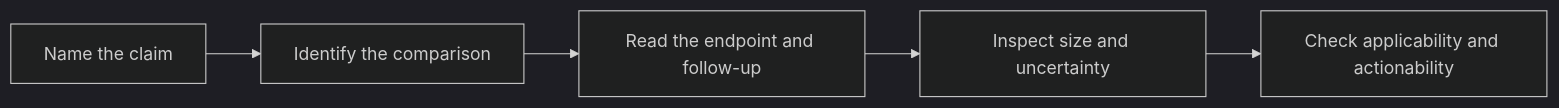
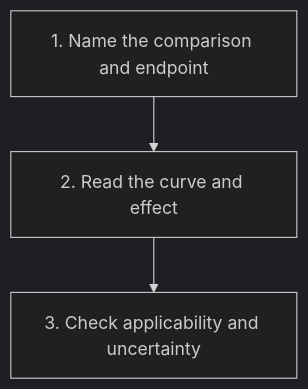
The diagram in wiki/education/guides/reading-cancer-evidence/index.md (jasonLaster/oncoguide), drawn with Mermaid (dark theme) before and after one commit. The commit also changed other lines of this file and 219 other files, not shown here.

````diff
--- a/wiki/education/guides/reading-cancer-evidence/index.md
+++ b/wiki/education/guides/reading-cancer-evidence/index.md
@@ -29,7 +31,8 @@
 ```mermaid
-flowchart LR
-  A[Name the claim] --> B[Identify the comparison]
-  B --> C[Read the endpoint and follow-up]
-  C --> D[Inspect size and uncertainty]
-  D --> E[Check applicability and actionability]
+flowchart TD
+  A[1. Name the comparison and endpoint] --> B[2. Read the curve and effect]
+  B --> C[3. Check applicability and uncertainty]
+  click A "/wiki/education/guides/reading-cancer-evidence/01-name-the-comparison-and-endpoint"
+  click B "/wiki/education/guides/reading-cancer-evidence/02-read-the-curve-and-effect"
+  click C "/wiki/education/guides/reading-cancer-evidence/03-check-applicability-and-uncertainty"
 ```
````
